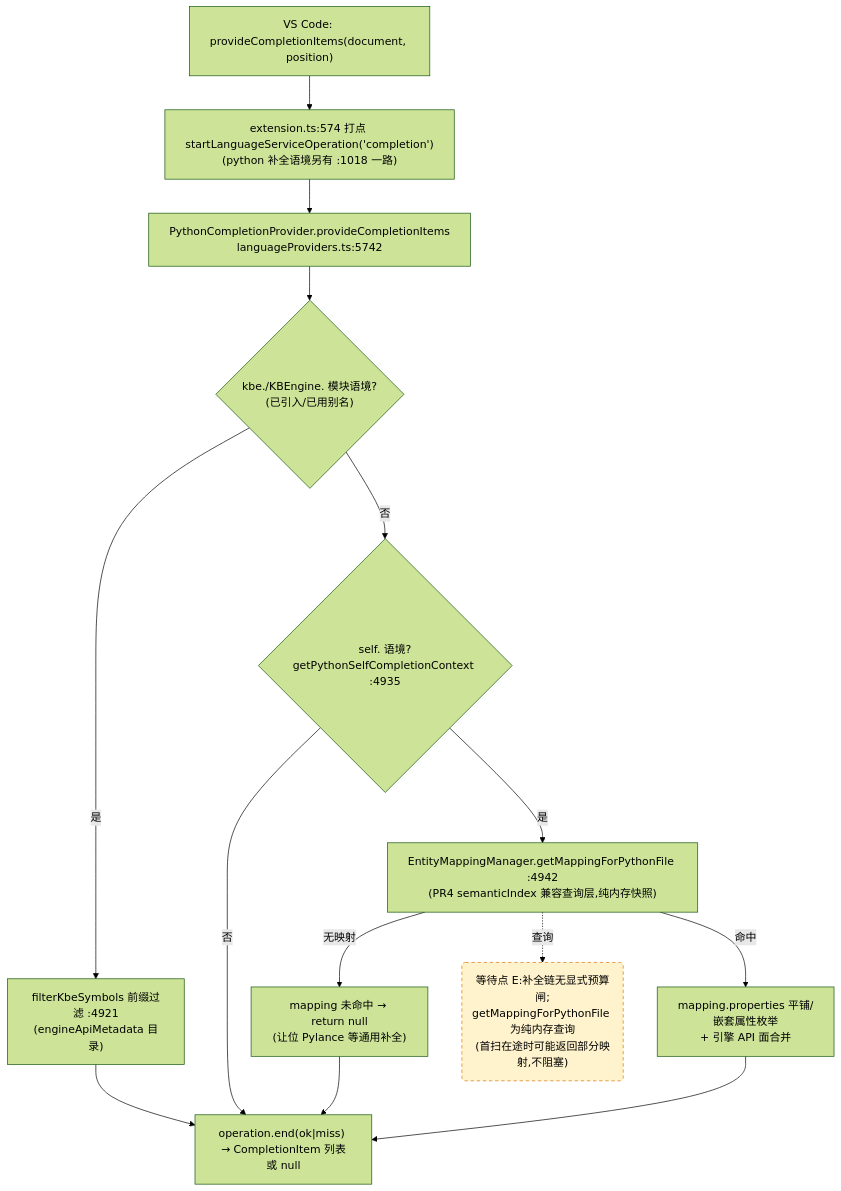
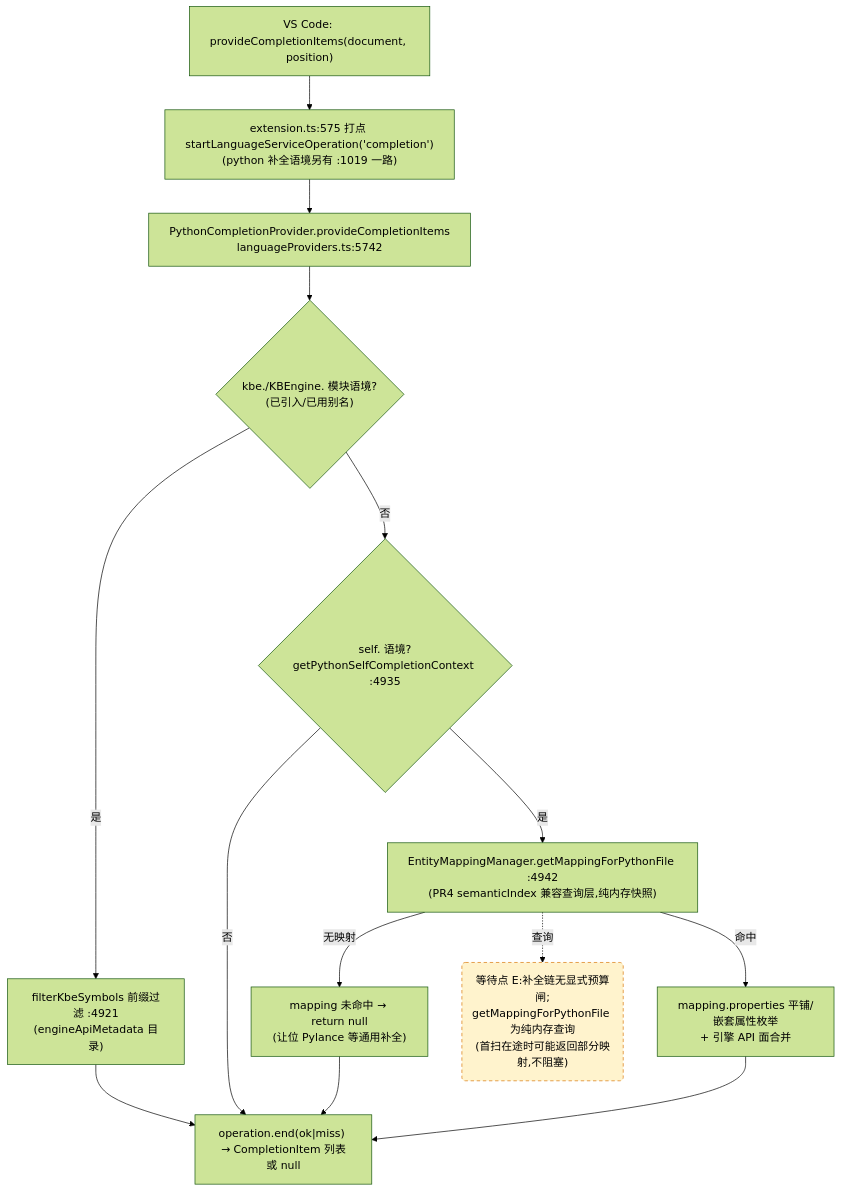
Before and after one commit to cuihairu/kode: the third of 4 diagrams in docs/perf/2026-baseline.md, drawn with Mermaid (forest theme). The commit also changed other lines of this file and 12 other files, not shown here.

````diff
--- a/docs/perf/2026-baseline.md
+++ b/docs/perf/2026-baseline.md
@@ -184,27 +184,27 @@
 ```mermaid
 flowchart TD
   VC3["VS Code: provideCompletionItems(document, position)"]
-  M3["extension.ts:574 打点 startLanguageServiceOperation('completion')<br/>(python 补全语境另有 :1018 一路)"]
+  M3["extension.ts:575 打点 startLanguageServiceOperation('completion')<br/>(python 补全语境另有 :1019 一路)"]
   CP["PythonCompletionProvider.provideCompletionItems<br/>languageProviders.ts:5742"]
   KBEC{"kbe./KBEngine. 模块语境?<br/>(已引入/已用别名)"}
   FILTER["filterKbeSymbols 前缀过滤 :4921<br/>(engineApiMetadata 目录)"]
   SELFC{"self. 语境?<br/>getPythonSelfCompletionContext :4935"}
   MAP["EntityMappingManager.getMappingForPythonFile :4942<br/>(PR4 semanticIndex 兼容查询层,纯内存快照)"]
   NOMAP["mapping 未命中 → return null<br/>(让位 Pylance 等通用补全)"]
   PROPS["mapping.properties 平铺/嵌套属性枚举<br/>+ 引擎 API 面合并"]
   END3["operation.end(ok|miss) → CompletionItem 列表或 null"]
 
   VC3 --> M3 --> CP --> KBEC
   KBEC -- "是" --> FILTER --> END3
   KBEC -- "否" --> SELFC
   SELFC -- "否" --> END3
   SELFC -- "是" --> MAP
   MAP -- "无映射" --> NOMAP --> END3
   MAP -- "命中" --> PROPS --> END3
 
   WAITE("等待点 E:补全链无显式预算闸;<br/>getMappingForPythonFile 为纯内存查询<br/>(首扫在途时可能返回部分映射,不阻塞)")
   MAP -.->|查询| WAITE
 
   classDef waitPoint fill:#fff3cd,stroke:#d97706,stroke-dasharray:5 4;
   class WAITE waitPoint;
 ```
````
